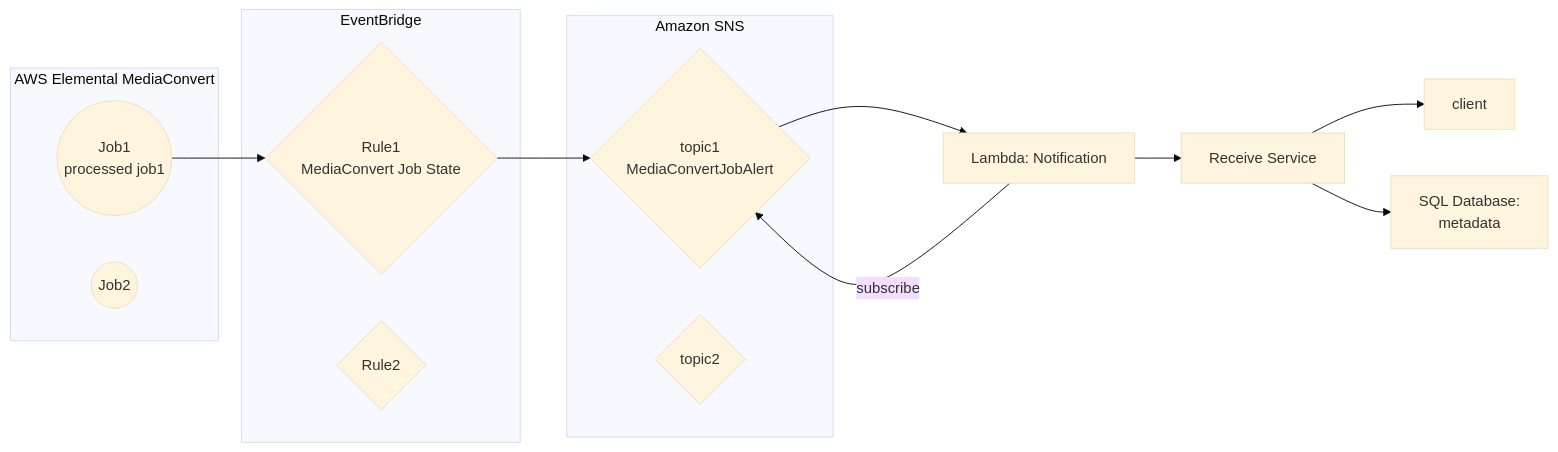
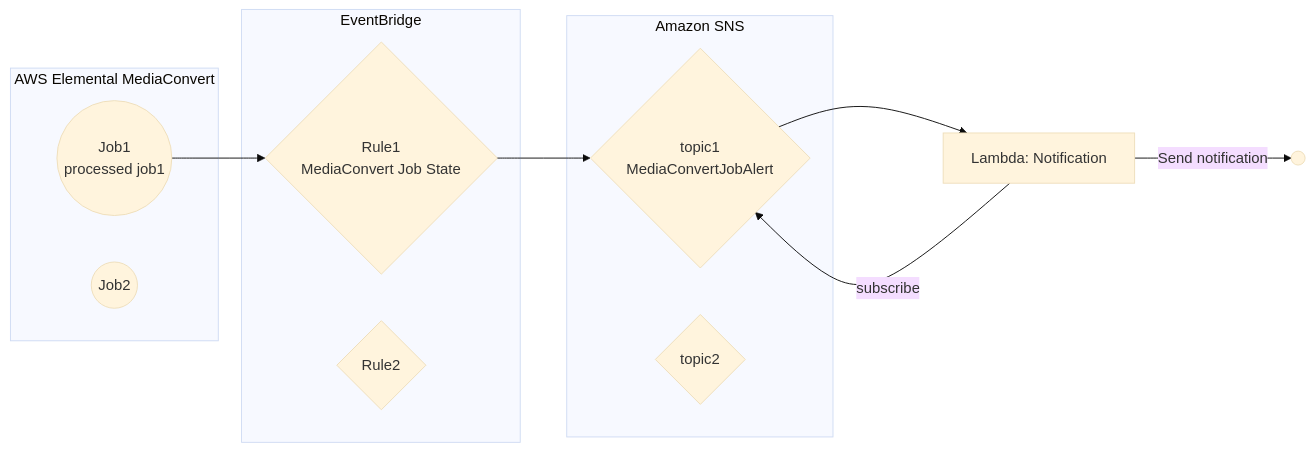
Before and after one commit to Aryido/aryido.github.io: the fourth of 6 diagrams in content/posts/video-streaming/backend-upload.md, drawn with Mermaid (base theme). The commit also changed other lines of this file, not shown here.

````diff
--- a/content/posts/video-streaming/backend-upload.md
+++ b/content/posts/video-streaming/backend-upload.md
@@ -212,27 +231,25 @@
 ```mermaid
 flowchart LR
     subgraph mc[AWS Elemental MediaConvert]
         W1((Job1<br/> processed job1))
         W2((Job2))
     end
 
     subgraph EventBridge[EventBridge]
       rule1{Rule1 <br/> MediaConvert Job State}
       rule2{Rule2}
     end
 
     W1 --> rule1
 
     subgraph sns[Amazon SNS]
       t1{topic1 <br/> MediaConvertJobAlert}
       t2{topic2}
     end
 
     rule1 --> t1
     lambda2[Lambda: Notification] --> |subscribe| t1 
     t1 --> lambda2
     
-    lambda2 --> receive[Receive Service]
-    receive --> client
-    receive --> metadata_storage[SQL Database: <br/> metadata]
+    lambda2 -->|Send notification|r((<br/>))
 ```
````
